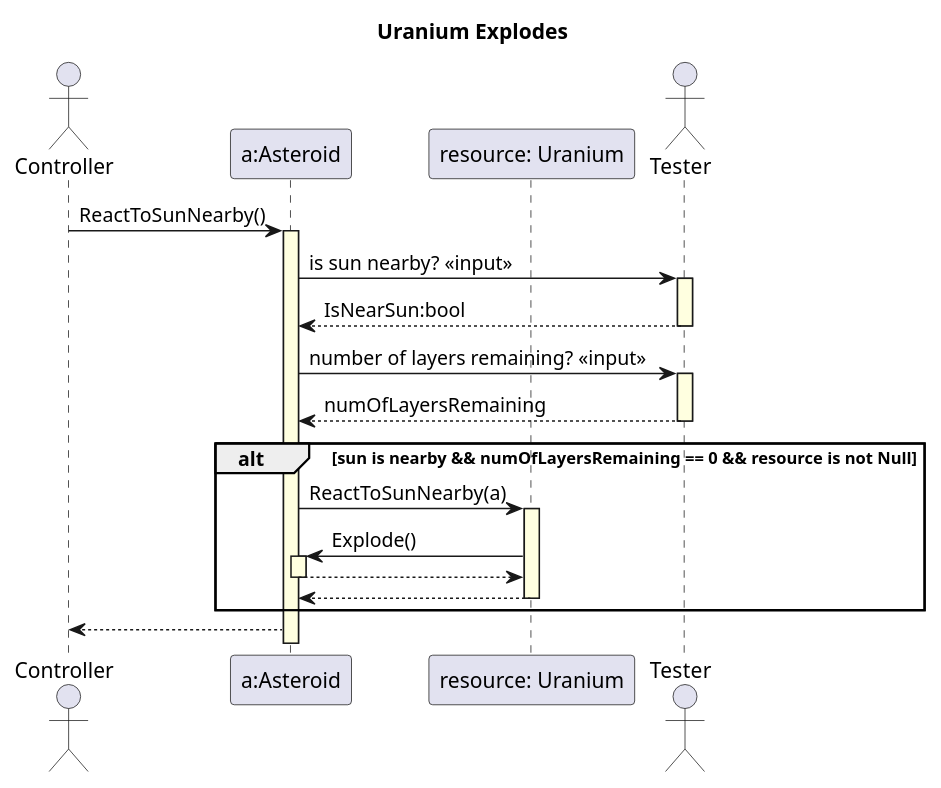
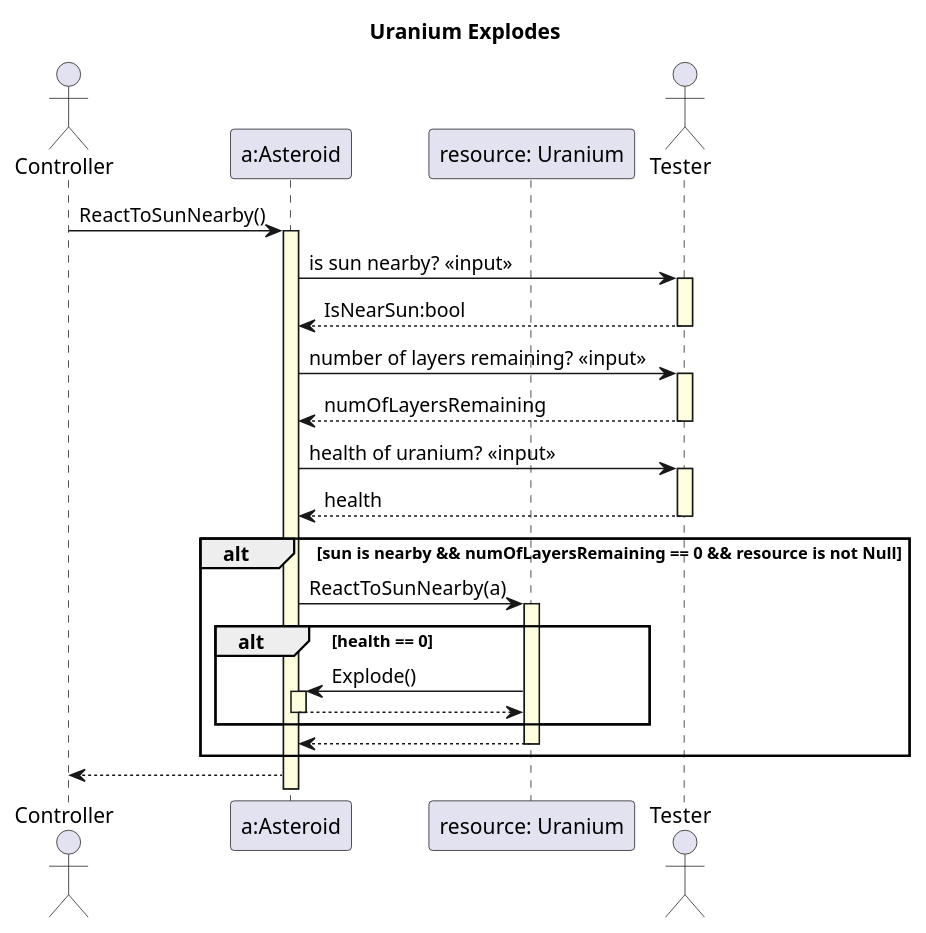
The diagram in uml/skeleton_seq_diagrams/asteroid explosion and reaction/uranium_explodes.plantuml (triszt4n/projlab_holy_oil), drawn with PlantUML before and after one commit. The commit also changed 4 other files, not shown here.

```diff
--- a/uml/skeleton_seq_diagrams/asteroid explosion and reaction/uranium_explodes.plantuml
+++ b/uml/skeleton_seq_diagrams/asteroid explosion and reaction/uranium_explodes.plantuml
@@ -1,29 +1,34 @@
 @startuml Uranium explodes
 
 title Uranium Explodes
 
 skinparam SequenceLifeLineBackgroundColor LightYellow
 
 actor Controller as controller
 participant "a:Asteroid" as a
 participant "resource: Uranium" as res
 
 actor Tester as tester
 
 controller -> a ++ :ReactToSunNearby()
 
 a -> tester ++ : is sun nearby? <<input>>
 tester --> a -- : IsNearSun:bool
 
 a -> tester ++ : number of layers remaining? <<input>>
 tester --> a -- : numOfLayersRemaining
 
+a -> tester ++ : health of uranium? <<input>>
+tester --> a -- : health
+
 alt sun is nearby && numOfLayersRemaining == 0 && resource is not Null
-    a -> res ++: ReactToSunNearby(a)
-    res -> a ++: Explode()
-    a --> res --
+     a -> res ++: ReactToSunNearby(a)
+    alt health == 0     
+        res -> a ++: Explode()
+        a --> res --
+    end
     res --> a --
 end
 a --> controller
 
 @enduml
```
